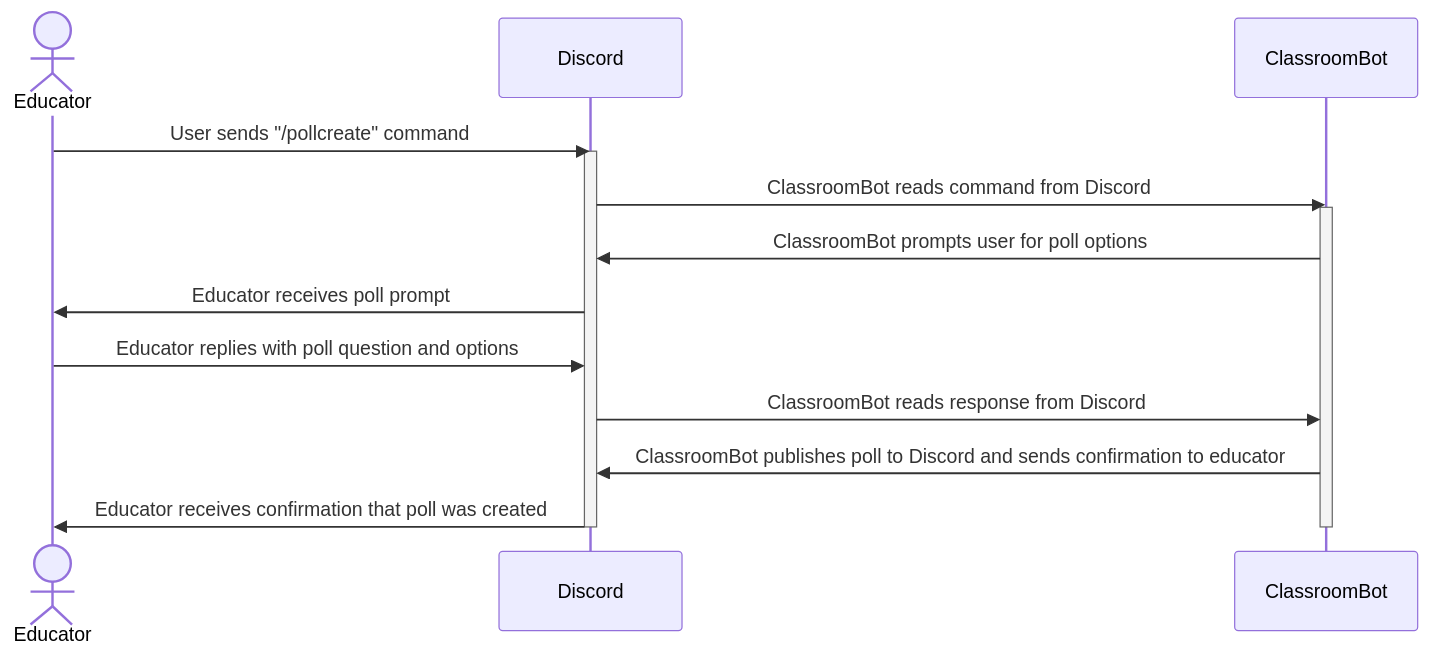
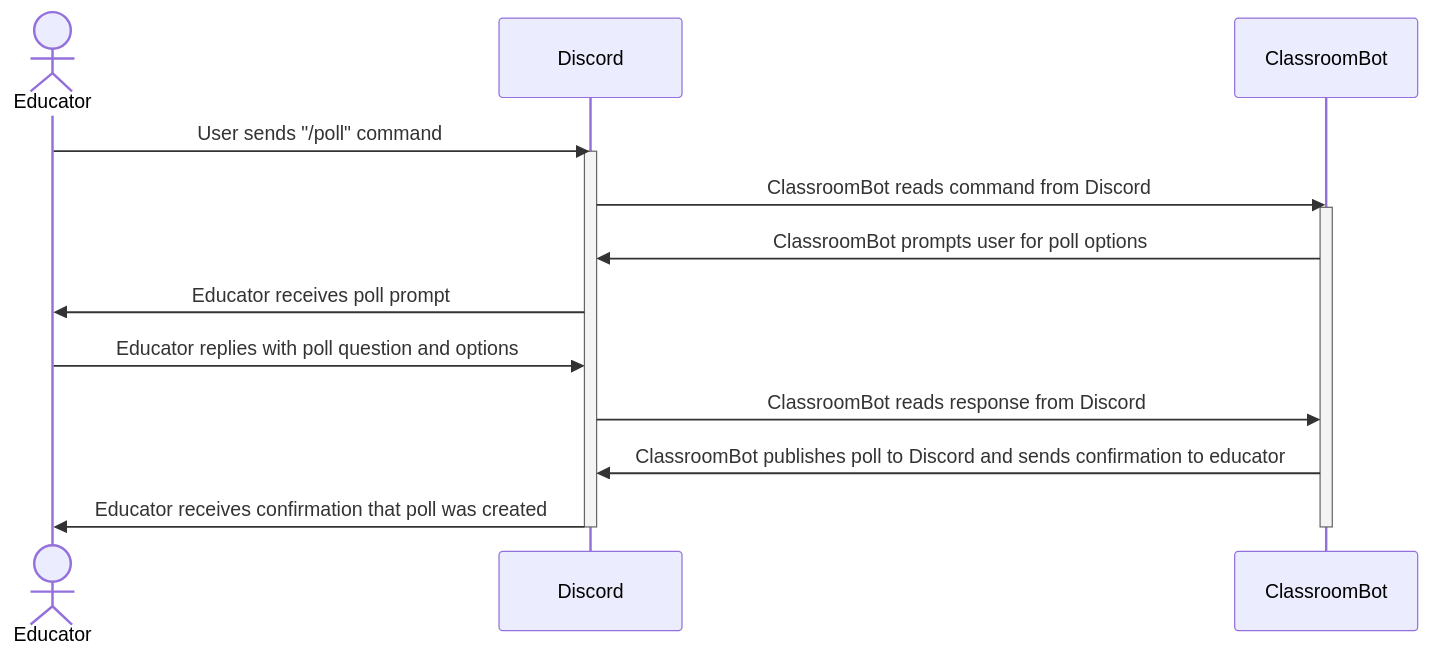
Before and after one commit to Capstone-Projects-2023-Spring/project-discord-classroom: the seventh of 8 diagrams in documentation/docs/system-architecture/design.md, drawn with Mermaid. The commit also changed other lines of this file and 5 other files, not shown here.

````diff
--- a/documentation/docs/system-architecture/design.md
+++ b/documentation/docs/system-architecture/design.md
@@ -456,20 +456,20 @@
 ```mermaid
 
 sequenceDiagram
     actor Educator
     participant Discord
     participant ClassroomBot
-    Educator->>Discord: User sends "/pollcreate" command
+    Educator->>Discord: User sends "/poll" command
     activate Discord
     Discord->>ClassroomBot: ClassroomBot reads command from Discord
     activate ClassroomBot
     ClassroomBot->>Discord: ClassroomBot prompts user for poll options
     Discord->>Educator: Educator receives poll prompt
     Educator->>Discord: Educator replies with poll question and options
     Discord->>ClassroomBot: ClassroomBot reads response from Discord
     ClassroomBot->>Discord: ClassroomBot publishes poll to Discord and sends confirmation to educator
     Discord->>Educator: Educator receives confirmation that poll was created
     deactivate ClassroomBot
     deactivate Discord
     
 ```
````
